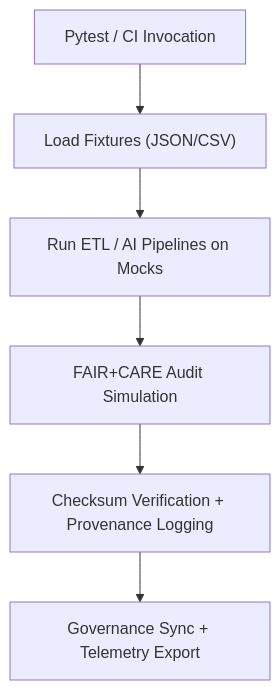
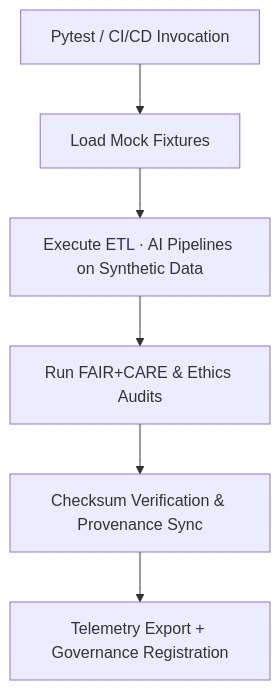
One commit to bartytime4life/Kansas-Frontier-Matrix changed the diagram in tests/fixtures/README.md. Above: the diagram before and after it, drawn with Mermaid. The commit also changed other lines of this file, not shown here.

````diff
--- a/tests/fixtures/README.md
+++ b/tests/fixtures/README.md
@@ -71,8 +71,8 @@
 ```mermaid
 flowchart TD
-A["Pytest / CI Invocation"] --> B["Load Fixtures (JSON/CSV)"]
-B --> C["Run ETL / AI Pipelines on Mocks"]
-C --> D["FAIR+CARE Audit Simulation"]
-D --> E["Checksum Verification + Provenance Logging"]
-E --> F["Governance Sync + Telemetry Export"]
+A["Pytest / CI/CD Invocation"] --> B["Load Mock Fixtures"]
+B --> C["Execute ETL · AI Pipelines on Synthetic Data"]
+C --> D["Run FAIR+CARE & Ethics Audits"]
+D --> E["Checksum Verification & Provenance Sync"]
+E --> F["Telemetry Export + Governance Registration"]
 ```
````
